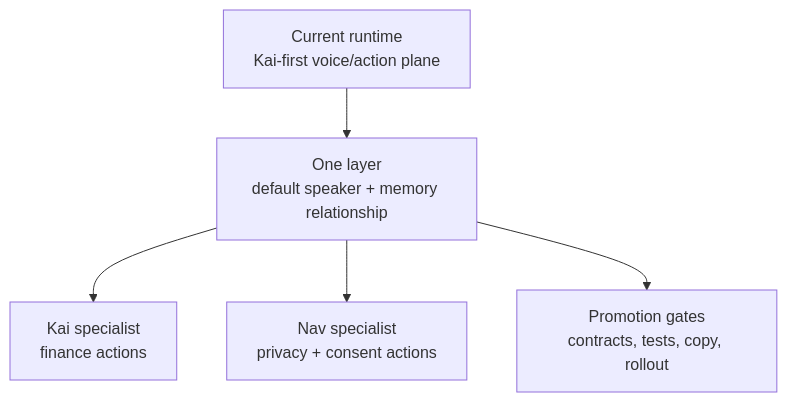
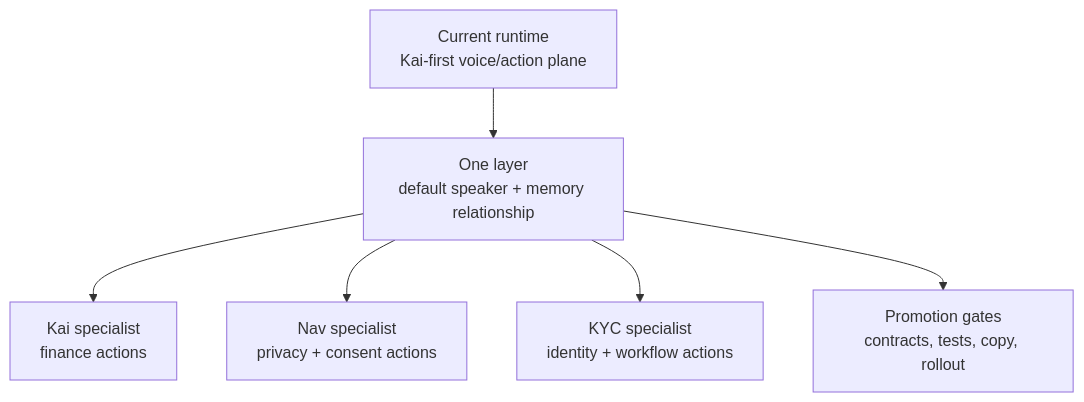
The diagram in docs/future/one-nav-runtime-plan.md (hushh-labs/hushh-research), drawn with Mermaid before and after one commit. The commit also changed other lines of this file and 53 other files, not shown here.

````diff
--- a/docs/future/one-nav-runtime-plan.md
+++ b/docs/future/one-nav-runtime-plan.md
@@ -7,13 +7,15 @@
 ```mermaid
 flowchart TB
   current["Current runtime<br/>Kai-first voice/action plane"]
   one["One layer<br/>default speaker + memory relationship"]
   kai["Kai specialist<br/>finance actions"]
   nav["Nav specialist<br/>privacy + consent actions"]
+  kyc["KYC specialist<br/>identity + workflow actions"]
   gates["Promotion gates<br/>contracts, tests, copy, rollout"]
 
   current --> one
   one --> kai
   one --> nav
+  one --> kyc
   one --> gates
 ```
````
